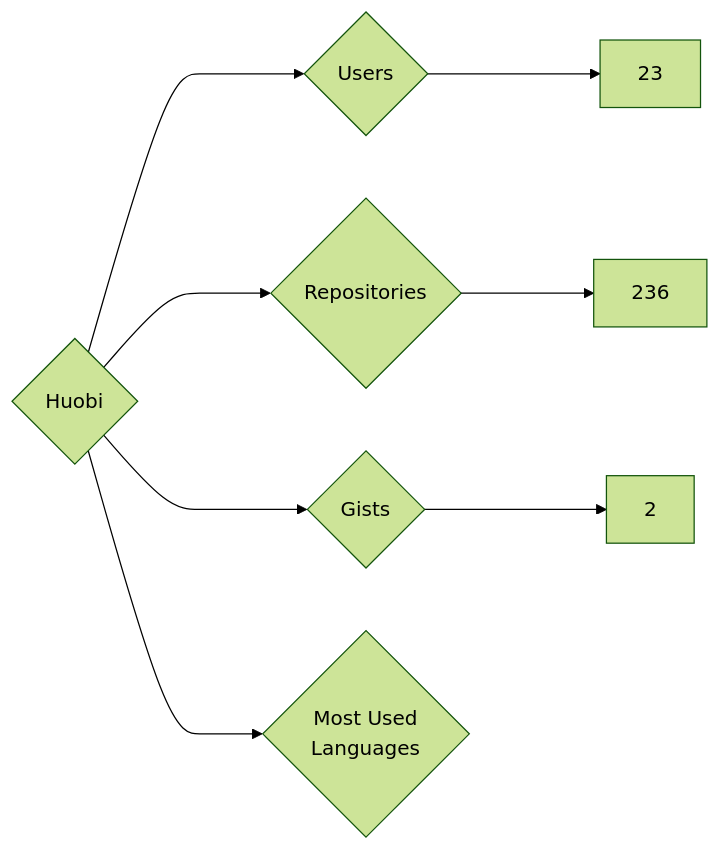
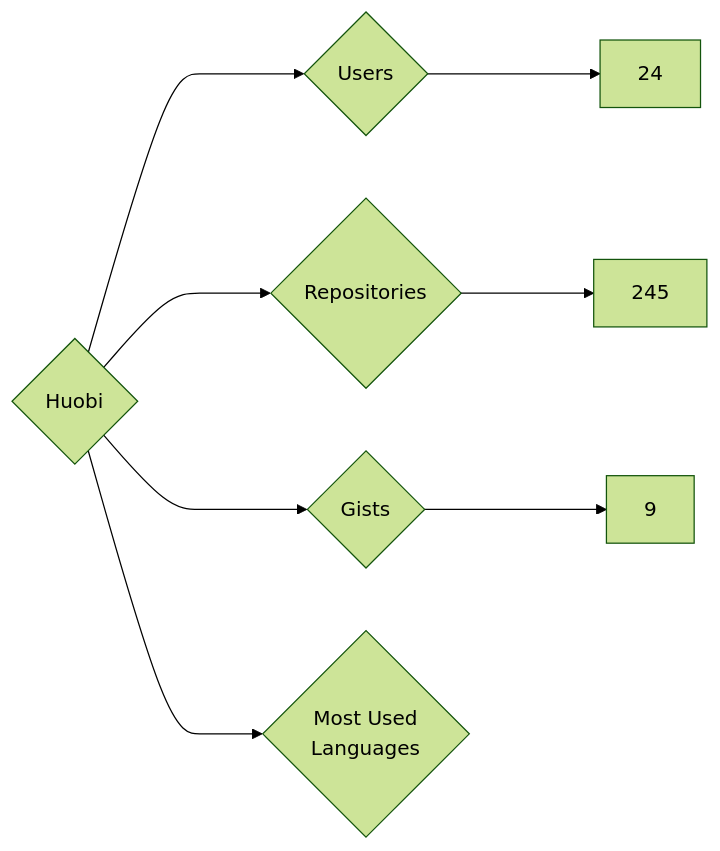
Before and after one commit to nenadzaric/insiders: the diagram in targets/Huobi/README.md, drawn with Mermaid (forest theme). The commit also changed 1342 other files, not shown here.

````diff
--- a/targets/Huobi/README.md
+++ b/targets/Huobi/README.md
@@ -3,8 +3,8 @@
 ```mermaid
 graph LR
 COMPANY_NAME{Huobi}
-COMPANY_NAME ---> U{Users} ---> UN[23]
-COMPANY_NAME ---> R{Repositories} ---> RN[236]
-COMPANY_NAME ---> G{Gists} ---> GN[2]
+COMPANY_NAME ---> U{Users} ---> UN[24]
+COMPANY_NAME ---> R{Repositories} ---> RN[245]
+COMPANY_NAME ---> G{Gists} ---> GN[9]
 COMPANY_NAME ---> ML{Most Used<br>Languages}
 ```
````
